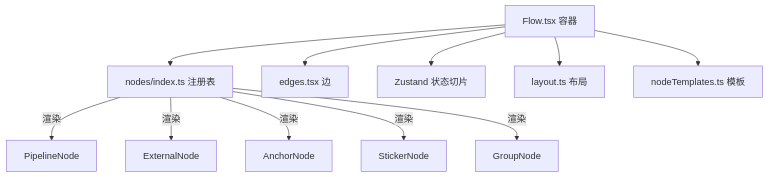
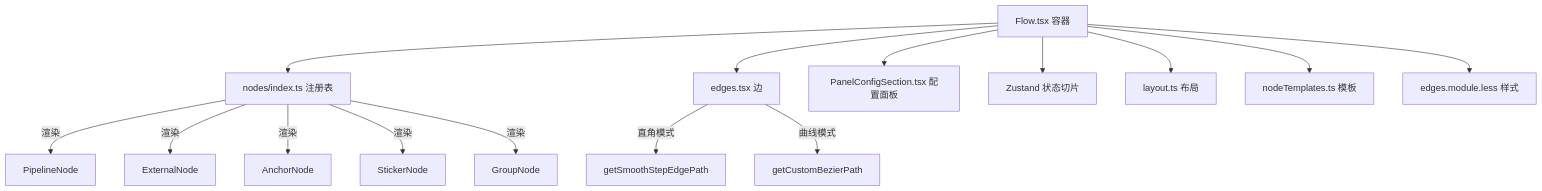
The second of 10 diagrams in .qoder/repowiki/zh/content/工作流编辑器/工作流编辑器.md (kqcoxn/MaaPipelineEditor), drawn with Mermaid before and after one commit. The commit also changed other lines of this file and 3 other files, not shown here.

````diff
--- a/.qoder/repowiki/zh/content/工作流编辑器/工作流编辑器.md
+++ b/.qoder/repowiki/zh/content/工作流编辑器/工作流编辑器.md
@@ -109,19 +135,25 @@
 ```mermaid
 graph TB
 Container["Flow.tsx 容器"]
 Registry["nodes/index.ts 注册表"]
 Edge["edges.tsx 边"]
+ConfigPanel["PanelConfigSection.tsx 配置面板"]
 Store["Zustand 状态切片"]
 Layout["layout.ts 布局"]
 Templates["nodeTemplates.ts 模板"]
+Styles["edges.module.less 样式"]
 Container --> Registry
 Container --> Edge
+Container --> ConfigPanel
 Container --> Store
 Container --> Layout
 Container --> Templates
+Container --> Styles
 Registry --> |"渲染"| PN["PipelineNode"]
 Registry --> |"渲染"| EN["ExternalNode"]
 Registry --> |"渲染"| AN["AnchorNode"]
 Registry --> |"渲染"| SN["StickerNode"]
 Registry --> |"渲染"| GN["GroupNode"]
+Edge --> |"直角模式"| SmoothStep["getSmoothStepEdgePath"]
+Edge --> |"曲线模式"| Bezier["getCustomBezierPath"]
 ```
````
